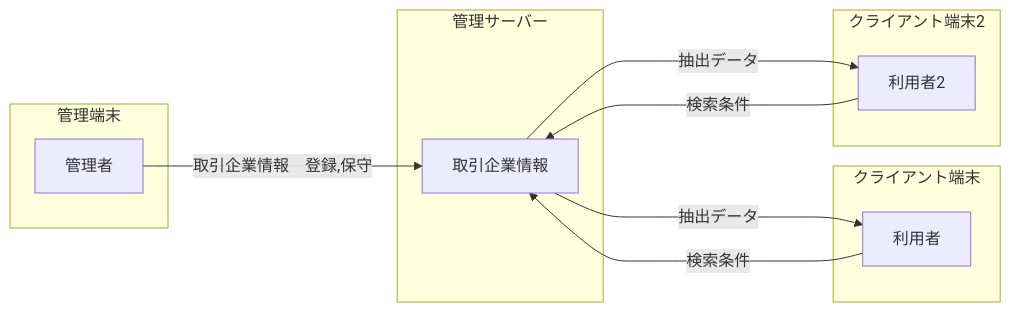
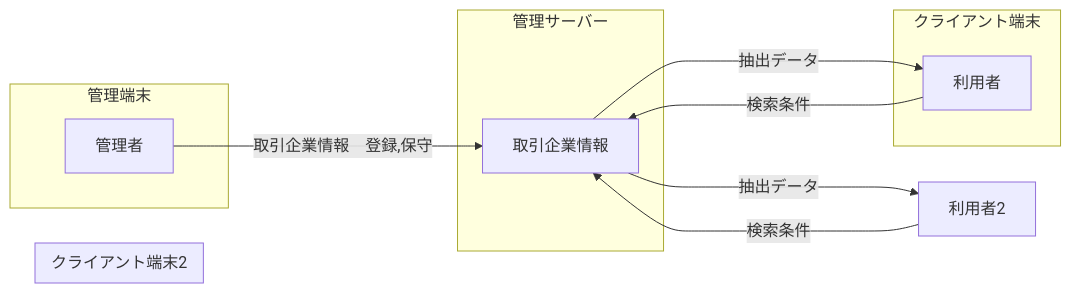
The diagram in 企業検索システム/システム全体図.md (puratina1011/markdown_issue_prac), drawn with Mermaid before and after one commit. The commit also changed 3 other files, not shown here.

````diff
--- a/企業検索システム/システム全体図.md
+++ b/企業検索システム/システム全体図.md
@@ -2,24 +2,24 @@
 ```mermaid
 graph LR
     subgraph 管理サーバー
         取引企業情報
     end
 
         subgraph クライアント端末
         利用者
     end
 
             subgraph クライアント端末2
-        利用者2
+
     end
 
                 subgraph 管理端末
         管理者
     end
 
     利用者 -->|検索条件| 取引企業情報
     取引企業情報---->|抽出データ|利用者;
     利用者2 --> |検索条件|取引企業情報
     取引企業情報---->|抽出データ|利用者2;
     管理者 --> |取引企業情報　登録,保守|取引企業情報
 ```
````
